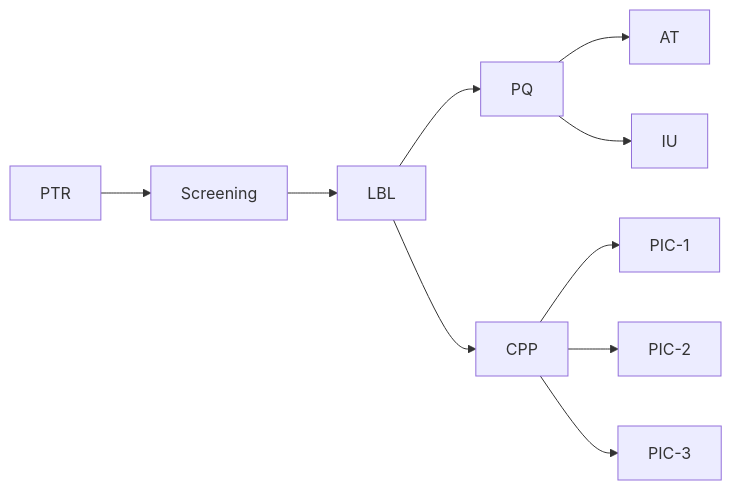
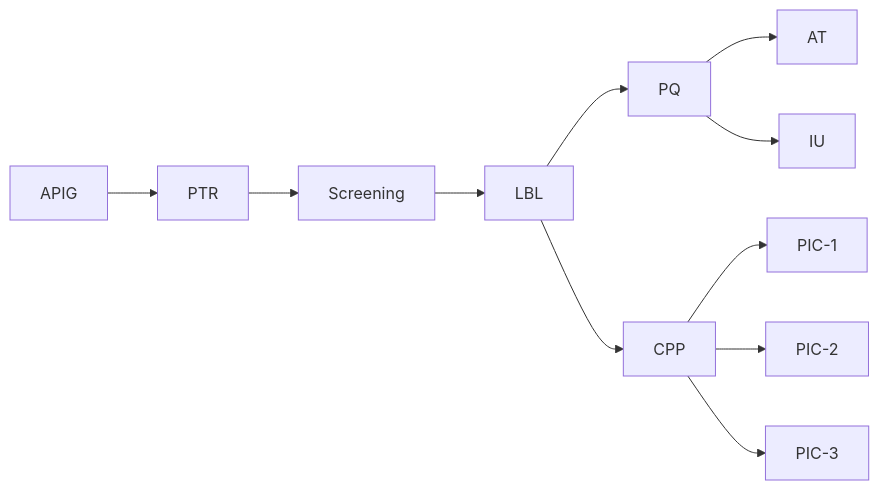
The diagram in README.md (digital-michael/prototype-payment-system), drawn with Mermaid before and after one commit. The commit also changed other lines of this file, not shown here.

Commit message:
Update README.md
Add API Gateway component

````diff
--- a/README.md
+++ b/README.md
@@ -22,12 +22,13 @@
 ```mermaid
 graph LR;
+    APIG-->PTR;
     PTR-->Screening;
     Screening-->LBL;
     LBL-->PQ;
     PQ-->AT;
     PQ-->IU;
     LBL-->CPP;
     CPP-->PIC-1;
     CPP-->PIC-2;
     CPP-->PIC-3;
 ```
````
